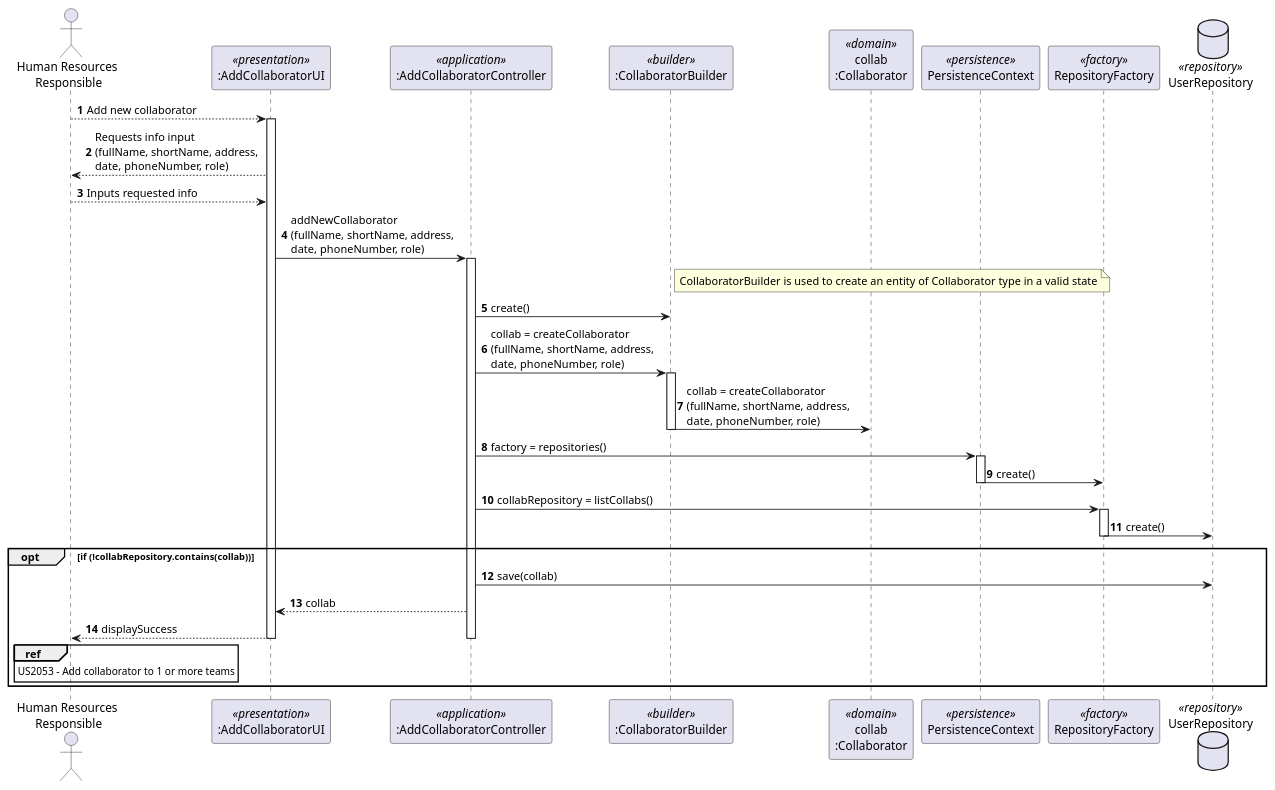
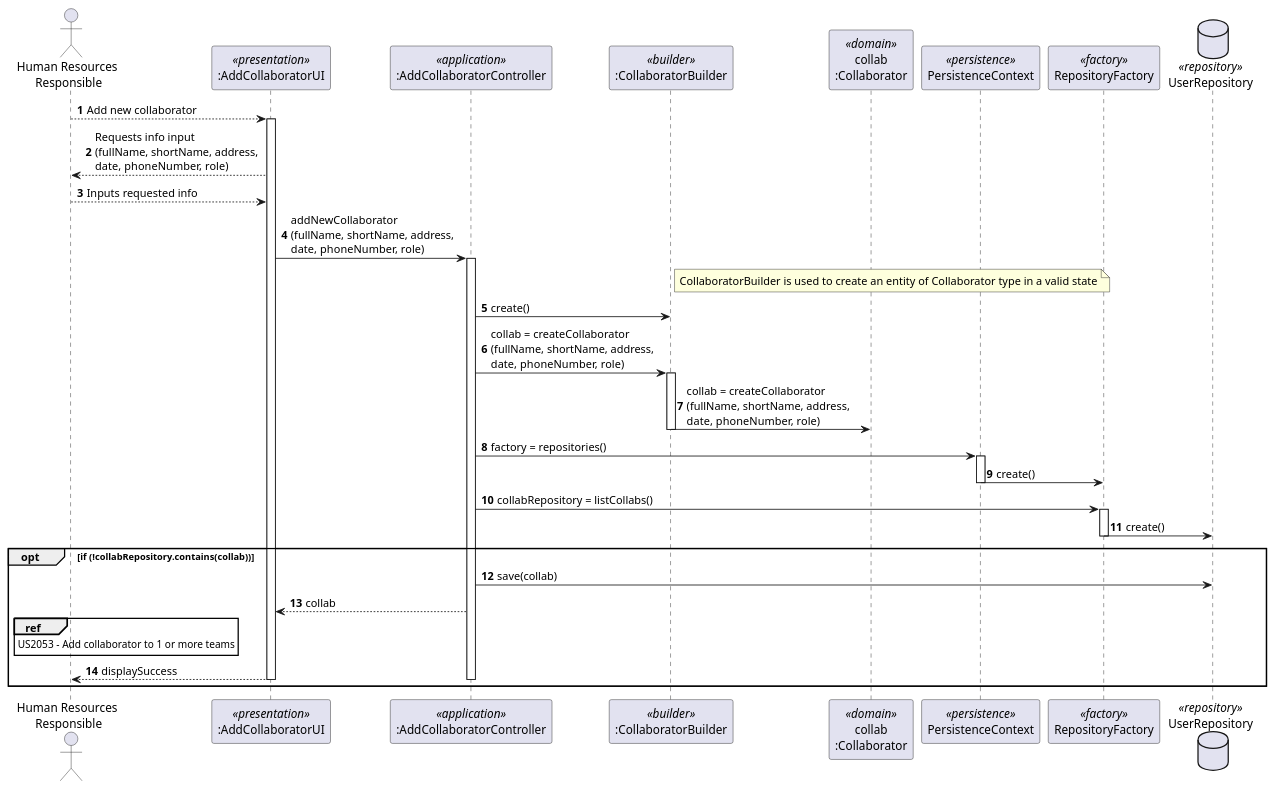
One commit to Joao-PP-Alves/isep-lapr4 changed the diagram in docs/1191513/US2051/SD_US2051.puml. Above: the diagram before and after it, drawn with PlantUML. The commit also changed 6 other files, not shown here.

```diff
--- a/docs/1191513/US2051/SD_US2051.puml
+++ b/docs/1191513/US2051/SD_US2051.puml
@@ -1,54 +1,56 @@
 @startuml
 autonumber
 
 actor "Human Resources \nResponsible" as HRR
 participant ":AddCollaboratorUI" as ADDCOLLABUI <<presentation>>
 participant ":AddCollaboratorController" as ADDCOLLABCTRL <<application>>
 participant ":CollaboratorBuilder" as COLLABBUILDER <<builder>>
 participant "collab\n:Collaborator" as COLLAB <<domain>>
 participant PersistenceContext as Persistence <<persistence>>
 participant RepositoryFactory as Factory <<factory>>
 database UserRepository as Repository <<repository>>
 
 
 HRR --> ADDCOLLABUI : Add new collaborator
 activate ADDCOLLABUI
 ADDCOLLABUI --> HRR : Requests info input \n(fullName, shortName, address, \ndate, phoneNumber, role)
 
 HRR --> ADDCOLLABUI : Inputs requested info
 
 ADDCOLLABUI -> ADDCOLLABCTRL : addNewCollaborator\n(fullName, shortName, address, \ndate, phoneNumber, role)
 note right of COLLABBUILDER:CollaboratorBuilder is used to create an entity of Collaborator type in a valid state
 activate ADDCOLLABCTRL
 ADDCOLLABCTRL -> COLLABBUILDER : create()
 ADDCOLLABCTRL -> COLLABBUILDER : collab = createCollaborator\n(fullName, shortName, address, \ndate, phoneNumber, role)
 
 activate COLLABBUILDER
 COLLABBUILDER -> COLLAB : collab = createCollaborator\n(fullName, shortName, address, \ndate, phoneNumber, role)
 deactivate COLLABBUILDER
 
 ADDCOLLABCTRL -> Persistence : factory = repositories()
 activate Persistence
 Persistence -> Factory : create()
 deactivate Persistence
 
 ADDCOLLABCTRL -> Factory : collabRepository = listCollabs()
 activate Factory
 Factory -> Repository : create()
 deactivate Factory
 
 opt if (!collabRepository.contains(collab))
 ADDCOLLABCTRL -> Repository : save(collab)
 
 ADDCOLLABCTRL --> ADDCOLLABUI : collab
 deactivate COLLABBUILDER
 
-ADDCOLLABUI --> HRR : displaySuccess
-deactivate ADDCOLLABCTRL
 ref over HRR
 US2053 - Add collaborator to 1 or more teams
 end ref
+
+ADDCOLLABUI --> HRR : displaySuccess
+deactivate ADDCOLLABCTRL
+
 deactivate ADDCOLLABUI
 end opt
 
 @enduml
```
